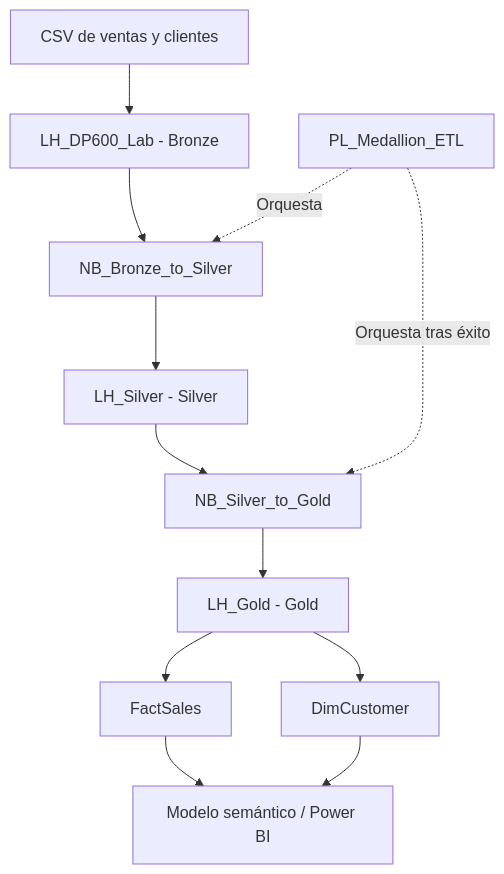
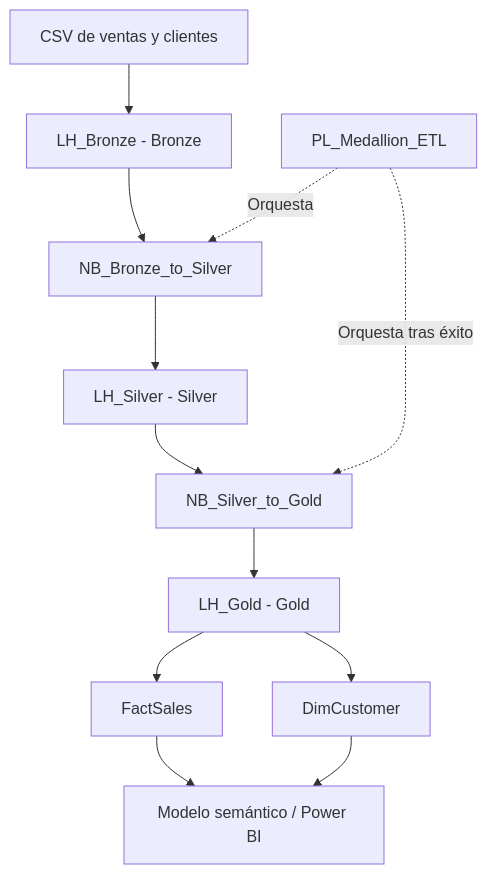
The diagram in README.md (mjd-dataalchemist/fabric-medallion-architecture), drawn with Mermaid before and after one commit. The commit also changed other lines of this file and 3 other files, not shown here.

````diff
--- a/README.md
+++ b/README.md
@@ -30,15 +102,15 @@
 ```mermaid
 flowchart TD
-    A["CSV de ventas y clientes"] --> B["LH_DP600_Lab - Bronze"]
+    A["CSV de ventas y clientes"] --> B["LH_Bronze - Bronze"]
     B --> C["NB_Bronze_to_Silver"]
     C --> D["LH_Silver - Silver"]
     D --> E["NB_Silver_to_Gold"]
     E --> F["LH_Gold - Gold"]
     F --> G["FactSales"]
     F --> H["DimCustomer"]
     G --> I["Modelo semántico / Power BI"]
     H --> I
 
     P["PL_Medallion_ETL"] -. "Orquesta" .-> C
     P -. "Orquesta tras éxito" .-> E
 ```
````
